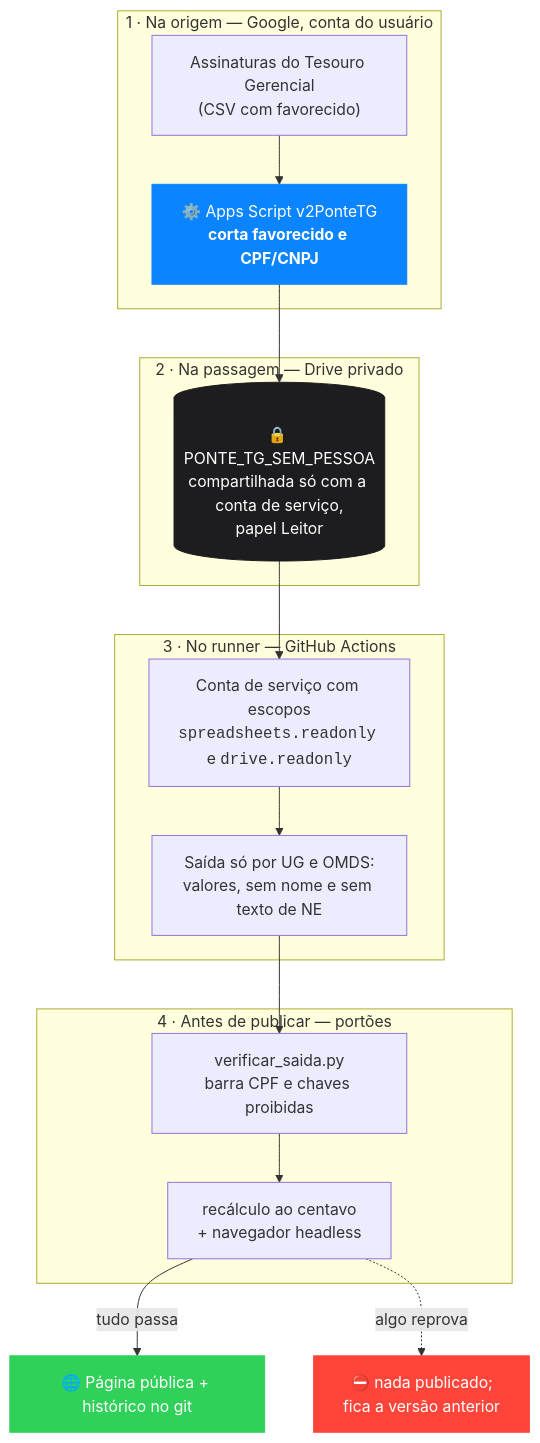
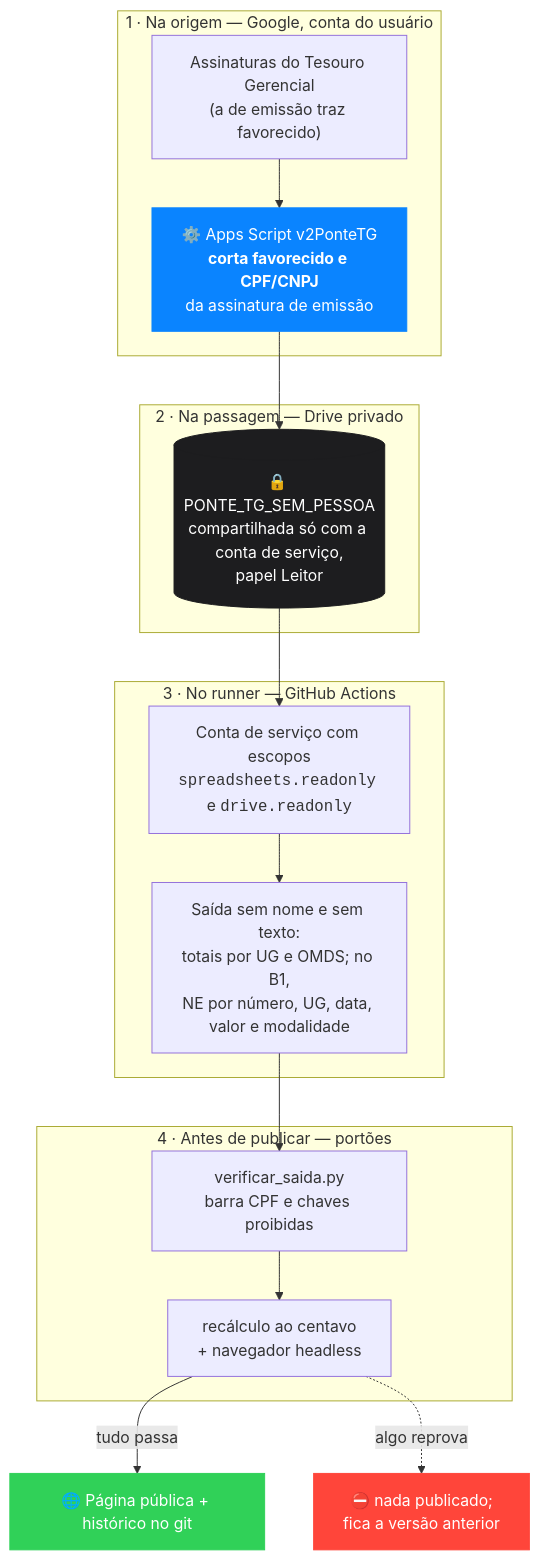
One commit to marcelosaldanha-1978/painel-gof-baaplog changed the first of 3 diagrams in SECURITY.md. Above: the diagram before and after it, drawn with Mermaid. The commit also changed other lines of this file and 4 other files, not shown here.

````diff
--- a/SECURITY.md
+++ b/SECURITY.md
@@ -18,24 +18,24 @@
 ```mermaid
 flowchart TB
     subgraph C1["1 · Na origem — Google, conta do usuário"]
-      A["Assinaturas do Tesouro Gerencial<br/>(CSV com favorecido)"] --> B["⚙️ Apps Script v2PonteTG<br/><b>corta favorecido e CPF/CNPJ</b>"]
+      A["Assinaturas do Tesouro Gerencial<br/>(a de emissão traz favorecido)"] --> B["⚙️ Apps Script v2PonteTG<br/><b>corta favorecido e CPF/CNPJ</b><br/>da assinatura de emissão"]
     end
     subgraph C2["2 · Na passagem — Drive privado"]
       D[("🔒 PONTE_TG_SEM_PESSOA<br/>compartilhada só com a conta de serviço,<br/>papel Leitor")]
     end
     subgraph C3["3 · No runner — GitHub Actions"]
-      E["Conta de serviço com escopos<br/><code>spreadsheets.readonly</code> e <code>drive.readonly</code>"] --> F["Saída só por UG e OMDS:<br/>valores, sem nome e sem texto de NE"]
+      E["Conta de serviço com escopos<br/><code>spreadsheets.readonly</code> e <code>drive.readonly</code>"] --> F["Saída sem nome e sem texto:<br/>totais por UG e OMDS; no B1,<br/>NE por número, UG, data, valor e modalidade"]
     end
     subgraph C4["4 · Antes de publicar — portões"]
       G["verificar_saida.py<br/>barra CPF e chaves proibidas"] --> H["recálculo ao centavo<br/>+ navegador headless"]
     end
     I["🌐 Página pública + histórico no git"]
     B --> D --> E
     F --> G
     H -->|tudo passa| I
     H -.->|algo reprova| J["⛔ nada publicado;<br/>fica a versão anterior"]
     style B fill:#0a84ff,color:#fff,stroke:#0a84ff
     style D fill:#1d1d1f,color:#fff,stroke:#1d1d1f
     style I fill:#30d158,color:#fff,stroke:#30d158
     style J fill:#ff453a,color:#fff,stroke:#ff453a
 ```
````
